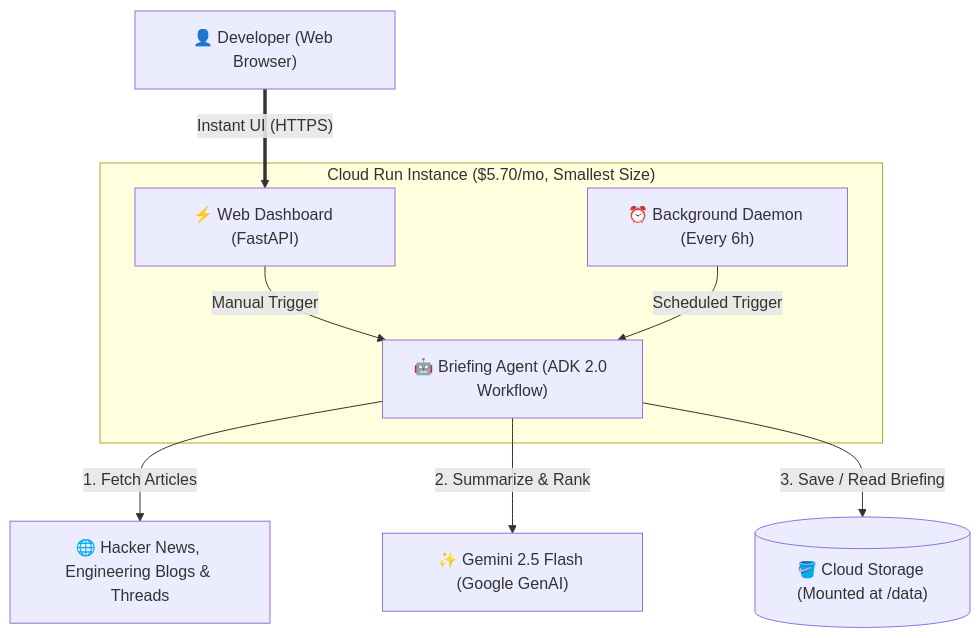
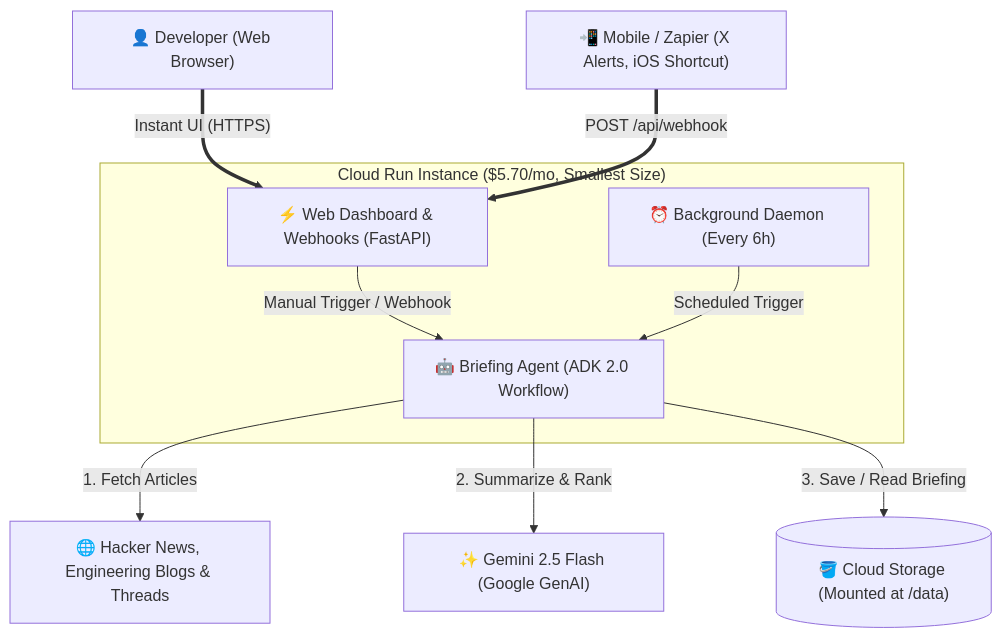
The diagram in ai-ml/tech-briefing-agent/blog_part1.md (GoogleCloudPlatform/devrel-demos), drawn with Mermaid before and after one commit. The commit also changed other lines of this file and 6 other files, not shown here.

Commit message:
feat: add real-time webhook endpoint for X/Twitter & iOS Shortcut alerts, update docs and architecture

````diff
--- a/ai-ml/tech-briefing-agent/blog_part1.md
+++ b/ai-ml/tech-briefing-agent/blog_part1.md
@@ -49,22 +49,24 @@
 ```mermaid
 flowchart TD
     User["👤 Developer (Web Browser)"]
+    Webhook["📲 Mobile / Zapier (X Alerts, iOS Shortcut)"]
 
     subgraph Instance ["Cloud Run Instance ($5.70/mo, Smallest Size)"]
-        UI["⚡ Web Dashboard (FastAPI)"]
+        UI["⚡ Web Dashboard & Webhooks (FastAPI)"]
         Cron["⏰ Background Daemon (Every 6h)"]
         Agent["🤖 Briefing Agent (ADK 2.0 Workflow)"]
 
-        UI -->|"Manual Trigger"| Agent
+        UI -->|"Manual Trigger / Webhook"| Agent
         Cron -->|"Scheduled Trigger"| Agent
     end
 
     Feeds["🌐 Hacker News, Engineering Blogs & Threads"]
     Gemini["✨ Gemini 2.5 Flash (Google GenAI)"]
     Bucket[("🪣 Cloud Storage (Mounted at /data)")]
 
     User == "Instant UI (HTTPS)" ==> UI
+    Webhook == "POST /api/webhook" ==> UI
     Agent -- "1. Fetch Articles" --> Feeds
     Agent -- "2. Summarize & Rank" --> Gemini
     Agent -- "3. Save / Read Briefing" --> Bucket
 ```
````
